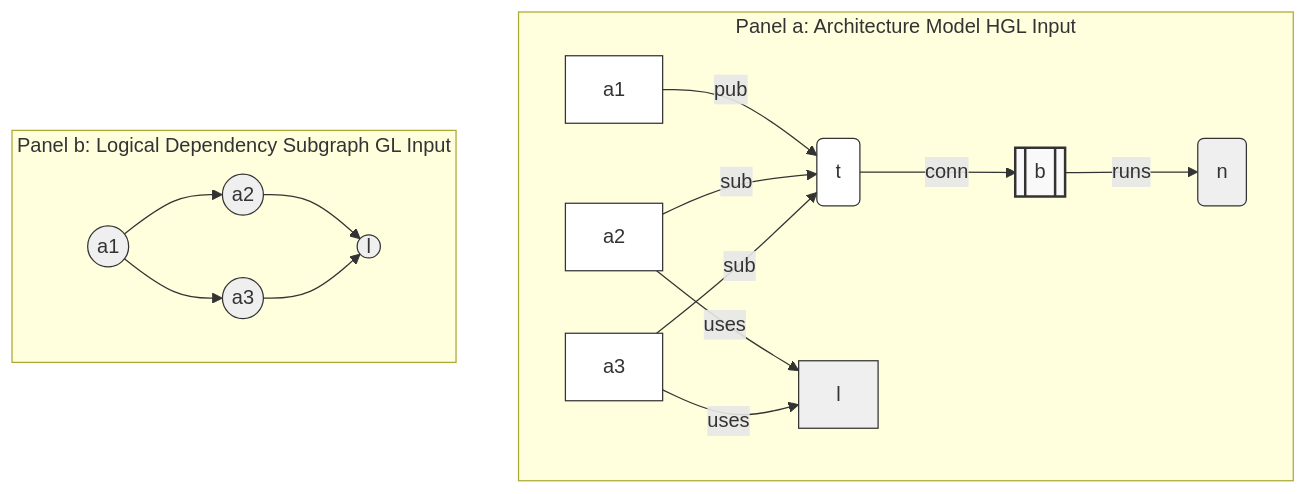
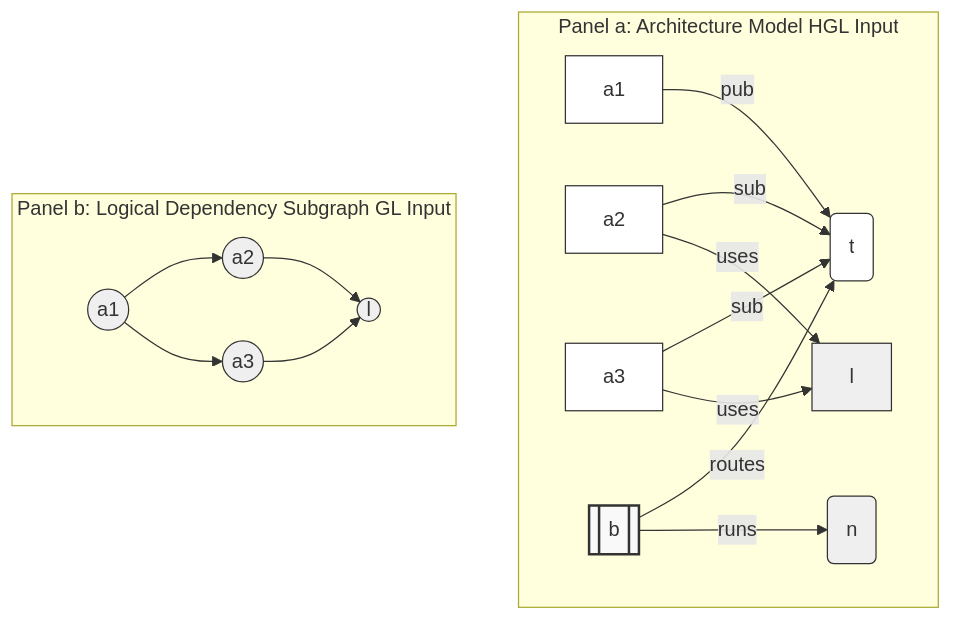
The diagram in docs/research/middleware2026/middleware2026.md (onuralpyigit/software-as-a-graph), drawn with Mermaid before and after one commit. The commit also changed other lines of this file, not shown here.

````diff
--- a/docs/research/middleware2026/middleware2026.md
+++ b/docs/research/middleware2026/middleware2026.md
@@ -119,34 +121,34 @@
 ```mermaid
 graph TD
     %% Panel A: Heterogeneous Architecture Model (HGL input)
     subgraph Panel_A [Panel a: Architecture Model HGL Input]
         a1[a1] -- pub --> t(t)
         a2[a2] -- sub --> t
         a3[a3] -- sub --> t
-        t -- conn --> b[[b]]
+        b[[b]] -- routes --> t
         b -- runs --> n(n)
         a2 -- uses --> l[l]
         a3 -- uses --> l
         
         style a1 fill:#fff,stroke:#333,stroke-width:1px
         style a2 fill:#fff,stroke:#333,stroke-width:1px
         style a3 fill:#fff,stroke:#333,stroke-width:1px
         style t fill:#fff,stroke:#333,stroke-width:1px
         style b fill:#f9f9f9,stroke:#333,stroke-width:2px
         style n fill:#efefef,stroke:#333,stroke-width:1px
         style l fill:#efefef,stroke:#333,stroke-width:1px
     end
 
     %% Panel B: Homogeneous Logical Dependency Subgraph (GL input)
     subgraph Panel_B [Panel b: Logical Dependency Subgraph GL Input]
         c1((a1)) --> c2((a2))
         c1 --> c3((a3))
         c2 --> cl((l))
         c3 --> cl
         
         style c1 fill:#efefef,stroke:#333,stroke-width:1px
         style c2 fill:#efefef,stroke:#333,stroke-width:1px
         style c3 fill:#efefef,stroke:#333,stroke-width:1px
         style cl fill:#efefef,stroke:#333,stroke-width:1px
     end
 ```
````
